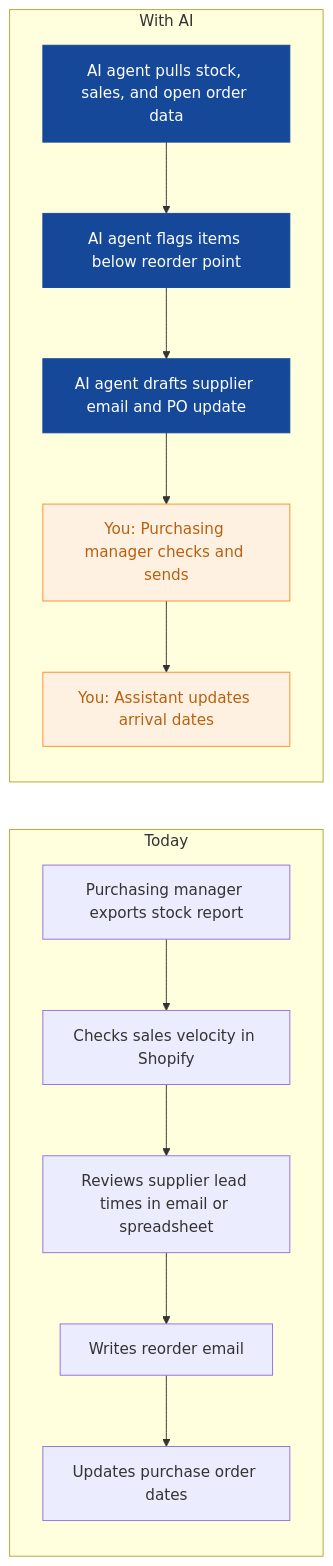
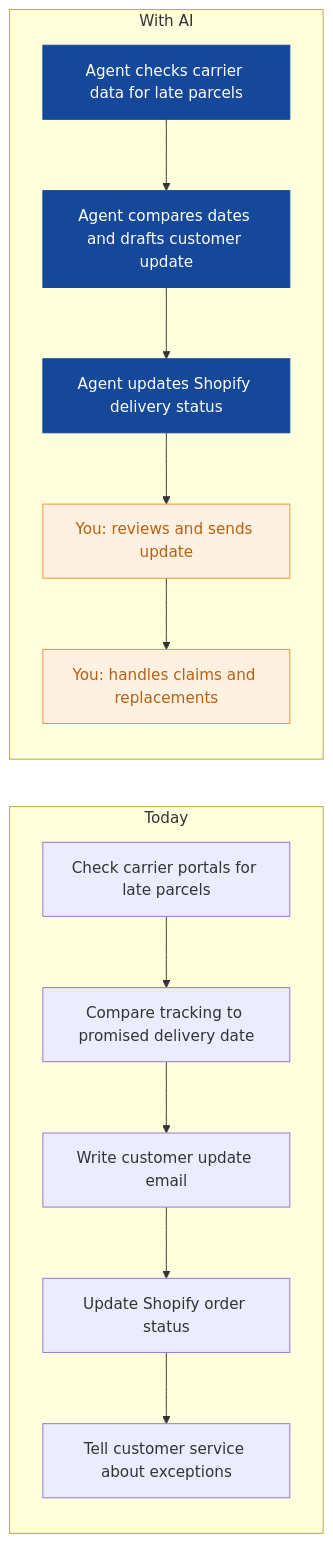
Before and after one commit to nexibeo/Complete-AI-Strategy: the third of 8 diagrams in strategies/tidewell-outdoor.md, drawn with Mermaid. The commit also changed other lines of this file and 26 other files, not shown here.

````diff
--- a/strategies/tidewell-outdoor.md
+++ b/strategies/tidewell-outdoor.md
@@ -133,23 +110,23 @@
 ```mermaid
 flowchart LR
   subgraph Today
-    B0["Purchasing manager exports stock report"]
-    B1["Checks sales velocity in Shopify"]
-    B2["Reviews supplier lead times in email or spreadsheet"]
-    B3["Writes reorder email"]
-    B4["Updates purchase order dates"]
+    B0["Check carrier portals for late parcels"]
+    B1["Compare tracking to promised delivery date"]
+    B2["Write customer update email"]
+    B3["Update Shopify order status"]
+    B4["Tell customer service about exceptions"]
     B0 --> B1 --> B2 --> B3 --> B4
   end
   subgraph WithAI[With AI]
-    A0["AI agent pulls stock, sales, and open order data"]
-    A1["AI agent flags items below reorder point"]
-    A2["AI agent drafts supplier email and PO update"]
-    A3["You: Purchasing manager checks and sends"]
-    A4["You: Assistant updates arrival dates"]
+    A0["Agent checks carrier data for late parcels"]
+    A1["Agent compares dates and drafts customer update"]
+    A2["Agent updates Shopify delivery status"]
+    A3["You: reviews and sends update"]
+    A4["You: handles claims and replacements"]
     A0 --> A1 --> A2 --> A3 --> A4
   end
   classDef ai fill:#154899,color:#fff,stroke:#154899
   classDef human fill:#FFF1E2,color:#B8600F,stroke:#F98F2C
   class A0,A1,A2 ai
   class A3,A4 human
 ```
````
